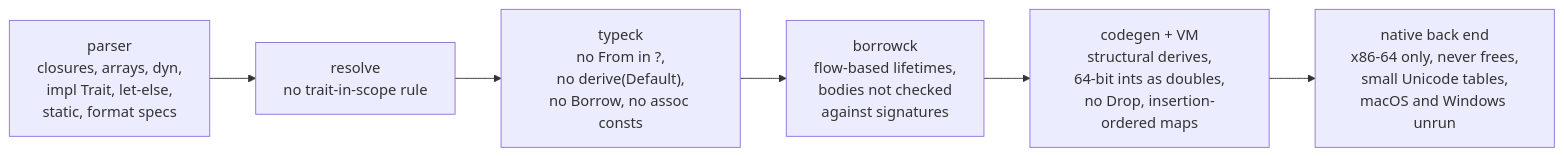
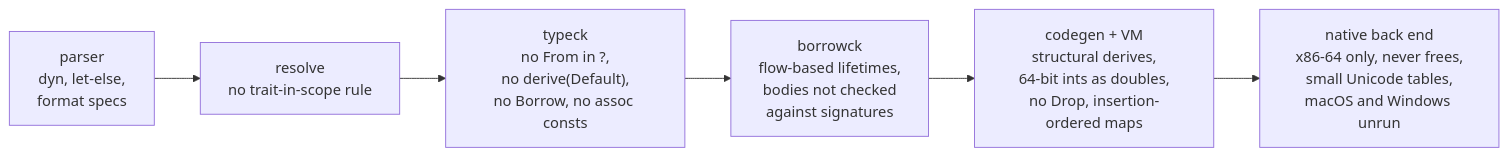
The diagram in docs/14-differences-from-rust.md (jasonsperske/tsrust), drawn with Mermaid before and after one commit. The commit also changed other lines of this file and 84 other files, not shown here.

First line of the commit message:
Add closures, arrays and slices, and unsafe

````diff
--- a/docs/14-differences-from-rust.md
+++ b/docs/14-differences-from-rust.md
@@ -7,8 +7,8 @@
 ```mermaid
 flowchart LR
-  P["parser<br/>closures, arrays, dyn,<br/>impl Trait, let-else,<br/>static, format specs"] --> R["resolve<br/>no trait-in-scope rule"]
+  P["parser<br/>dyn, let-else,<br/>format specs"] --> R["resolve<br/>no trait-in-scope rule"]
   R --> T["typeck<br/>no From in ?,<br/>no derive(Default),<br/>no Borrow, no assoc consts"]
   T --> B["borrowck<br/>flow-based lifetimes,<br/>bodies not checked<br/>against signatures"]
   B --> C["codegen + VM<br/>structural derives,<br/>64-bit ints as doubles,<br/>no Drop, insertion-ordered maps"]
   C --> N["native back end<br/>x86-64 only, never frees,<br/>small Unicode tables,<br/>macOS and Windows unrun"]
 ```
````
